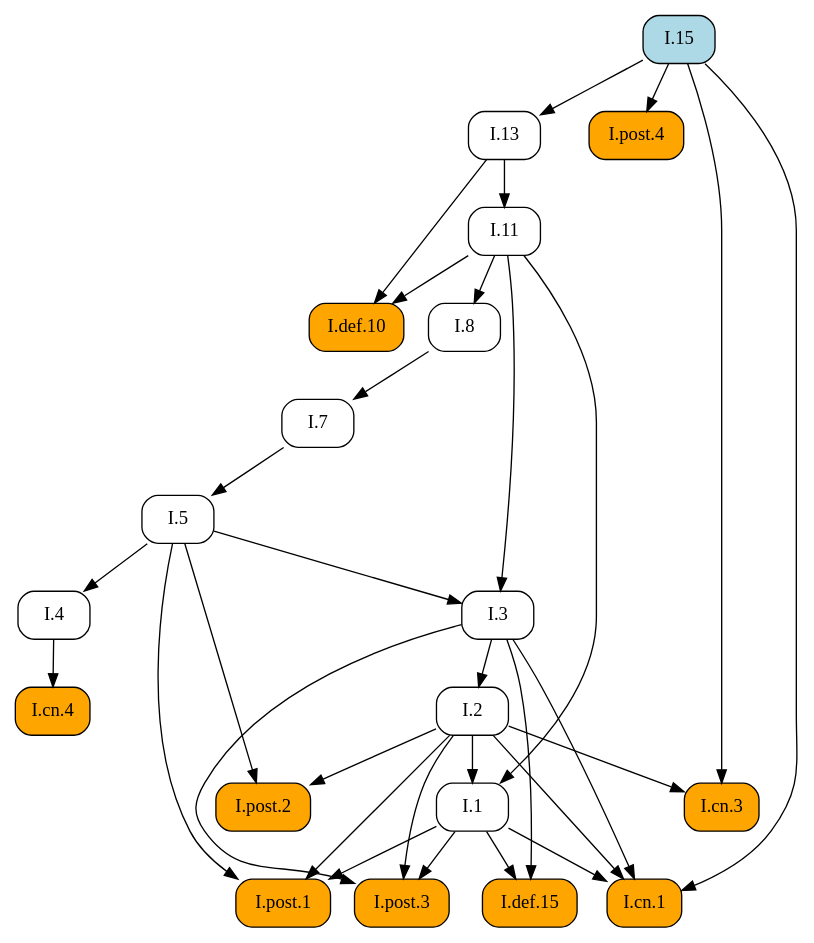
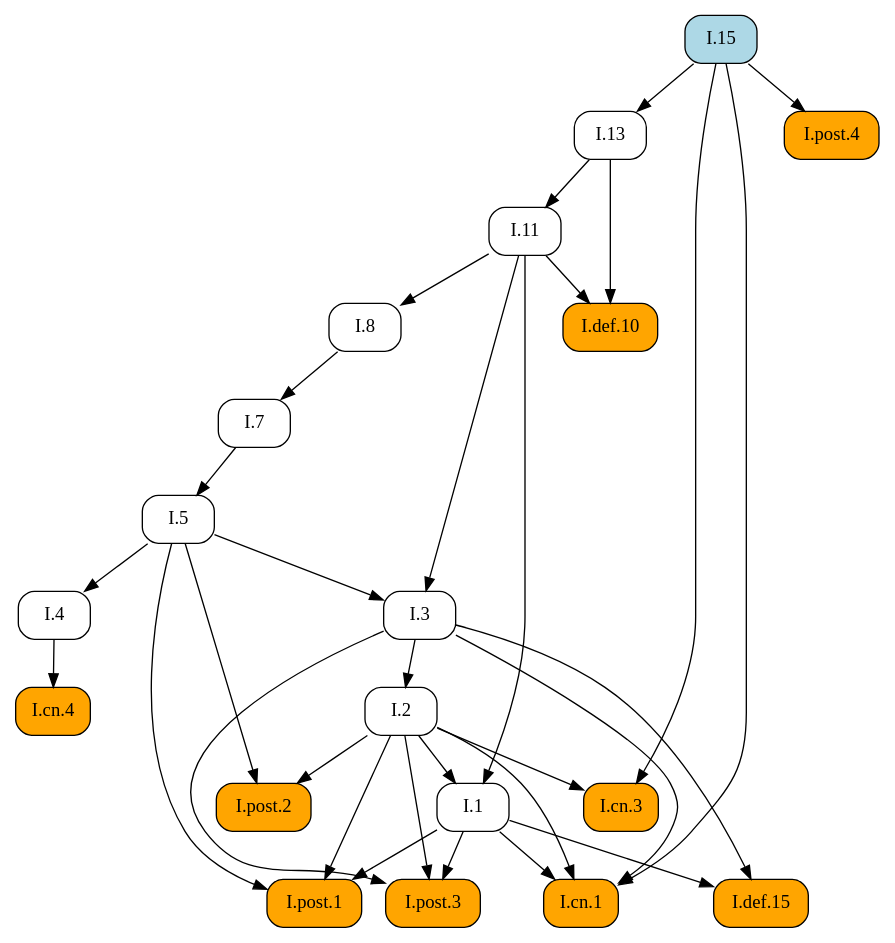
Before and after one commit to geometor/elements: the diagram in docsrc/elements2/I/15/index.rst, drawn with Graphviz. The commit also changed other lines of this file and 171 other files, not shown here.

```diff
--- a/docsrc/elements2/I/15/index.rst
+++ b/docsrc/elements2/I/15/index.rst
@@ -73,56 +73,56 @@
 .. graphviz::
 
    digraph {
      rankdir="TB";
      node [shape=box, style=rounded];
+     "I.8" [URL="/elements2/I/8/", target="_top"];
+     "I.cn.3" [style="rounded,filled", fillcolor=orange, URL="/elements2/I/cn.3/", target="_top"];
+     "I.1" [URL="/elements2/I/1/", target="_top"];
+     "I.cn.4" [style="rounded,filled", fillcolor=orange, URL="/elements2/I/cn.4/", target="_top"];
+     "I.7" [URL="/elements2/I/7/", target="_top"];
+     "I.post.1" [style="rounded,filled", fillcolor=orange, URL="/elements2/I/post.1/", target="_top"];
+     "I.5" [URL="/elements2/I/5/", target="_top"];
+     "I.cn.1" [style="rounded,filled", fillcolor=orange, URL="/elements2/I/cn.1/", target="_top"];
+     "I.post.4" [style="rounded,filled", fillcolor=orange, URL="/elements2/I/post.4/", target="_top"];
      "I.def.10" [style="rounded,filled", fillcolor=orange, URL="/elements2/I/def.10/", target="_top"];
-     "I.8" [URL="/elements2/I/8/", target="_top"];
+     "I.13" [URL="/elements2/I/13/", target="_top"];
      "I.2" [URL="/elements2/I/2/", target="_top"];
+     "I.def.15" [style="rounded,filled", fillcolor=orange, URL="/elements2/I/def.15/", target="_top"];
+     "I.4" [URL="/elements2/I/4/", target="_top"];
+     "I.11" [URL="/elements2/I/11/", target="_top"];
      "I.15" [style="rounded,filled", fillcolor=lightblue, URL="/elements2/I/15/", target="_top"];
-     "I.def.15" [style="rounded,filled", fillcolor=orange, URL="/elements2/I/def.15/", target="_top"];
-     "I.cn.4" [style="rounded,filled", fillcolor=orange, URL="/elements2/I/cn.4/", target="_top"];
+     "I.3" [URL="/elements2/I/3/", target="_top"];
+     "I.post.2" [style="rounded,filled", fillcolor=orange, URL="/elements2/I/post.2/", target="_top"];
      "I.post.3" [style="rounded,filled", fillcolor=orange, URL="/elements2/I/post.3/", target="_top"];
-     "I.1" [URL="/elements2/I/1/", target="_top"];
-     "I.post.2" [style="rounded,filled", fillcolor=orange, URL="/elements2/I/post.2/", target="_top"];
-     "I.13" [URL="/elements2/I/13/", target="_top"];
-     "I.post.4" [style="rounded,filled", fillcolor=orange, URL="/elements2/I/post.4/", target="_top"];
-     "I.post.1" [style="rounded,filled", fillcolor=orange, URL="/elements2/I/post.1/", target="_top"];
-     "I.cn.1" [style="rounded,filled", fillcolor=orange, URL="/elements2/I/cn.1/", target="_top"];
-     "I.7" [URL="/elements2/I/7/", target="_top"];
-     "I.3" [URL="/elements2/I/3/", target="_top"];
-     "I.cn.3" [style="rounded,filled", fillcolor=orange, URL="/elements2/I/cn.3/", target="_top"];
-     "I.11" [URL="/elements2/I/11/", target="_top"];
-     "I.5" [URL="/elements2/I/5/", target="_top"];
-     "I.4" [URL="/elements2/I/4/", target="_top"];
-     "I.11" -> "I.def.10";
-     "I.13" -> "I.def.10";
      "I.11" -> "I.8";
-     "I.3" -> "I.2";
-     "I.1" -> "I.def.15";
-     "I.3" -> "I.def.15";
-     "I.4" -> "I.cn.4";
-     "I.1" -> "I.post.3";
-     "I.2" -> "I.post.3";
-     "I.3" -> "I.post.3";
+     "I.2" -> "I.cn.3";
+     "I.15" -> "I.cn.3";
      "I.2" -> "I.1";
      "I.11" -> "I.1";
-     "I.2" -> "I.post.2";
-     "I.5" -> "I.post.2";
-     "I.15" -> "I.13";
-     "I.15" -> "I.post.4";
+     "I.4" -> "I.cn.4";
+     "I.8" -> "I.7";
      "I.1" -> "I.post.1";
      "I.2" -> "I.post.1";
      "I.5" -> "I.post.1";
+     "I.7" -> "I.5";
      "I.1" -> "I.cn.1";
      "I.2" -> "I.cn.1";
      "I.3" -> "I.cn.1";
      "I.15" -> "I.cn.1";
-     "I.8" -> "I.7";
+     "I.15" -> "I.post.4";
+     "I.11" -> "I.def.10";
+     "I.13" -> "I.def.10";
+     "I.15" -> "I.13";
+     "I.3" -> "I.2";
+     "I.1" -> "I.def.15";
+     "I.3" -> "I.def.15";
+     "I.5" -> "I.4";
+     "I.13" -> "I.11";
      "I.5" -> "I.3";
      "I.11" -> "I.3";
-     "I.2" -> "I.cn.3";
-     "I.15" -> "I.cn.3";
-     "I.13" -> "I.11";
-     "I.7" -> "I.5";
-     "I.5" -> "I.4";
+     "I.2" -> "I.post.2";
+     "I.5" -> "I.post.2";
+     "I.1" -> "I.post.3";
+     "I.2" -> "I.post.3";
+     "I.3" -> "I.post.3";
    }
```
